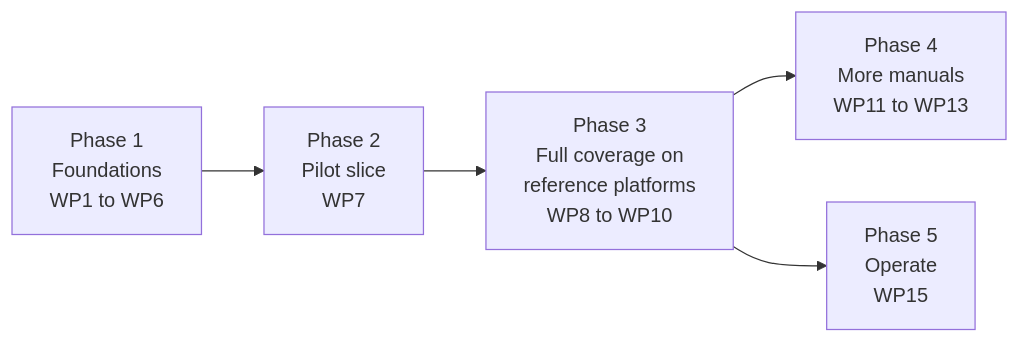
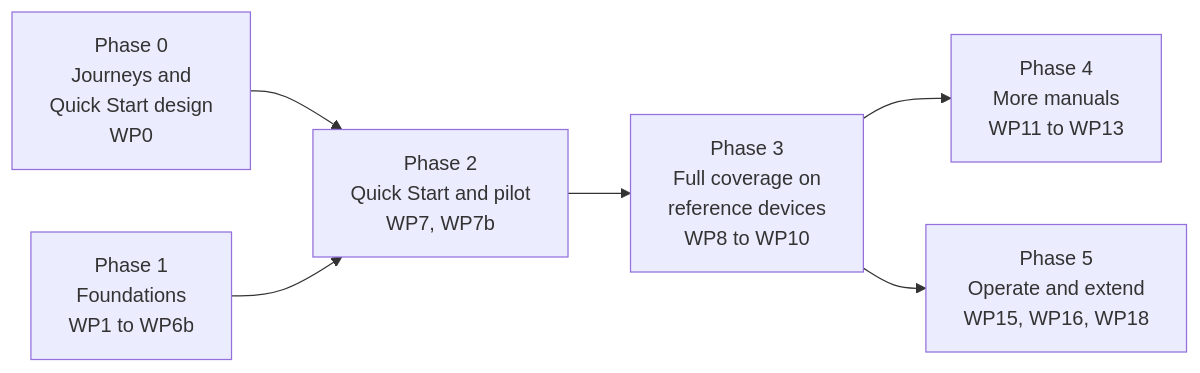
Before and after one commit to oughnic/uFTi-Docs: the diagram in authoring/authoring-plan.md, drawn with Mermaid. The commit also changed other lines of this file and 14 other files, not shown here.

````diff
--- a/authoring/authoring-plan.md
+++ b/authoring/authoring-plan.md
@@ -247,7 +294,8 @@
 ```mermaid
 flowchart LR
-    P1["Phase 1<br/>Foundations<br/>WP1 to WP6"] --> P2["Phase 2<br/>Pilot slice<br/>WP7"]
-    P2 --> P3["Phase 3<br/>Full coverage on<br/>reference platforms<br/>WP8 to WP10"]
+    P0["Phase 0<br/>Journeys and<br/>Quick Start design<br/>WP0"] --> P2
+    P1["Phase 1<br/>Foundations<br/>WP1 to WP6b"] --> P2["Phase 2<br/>Quick Start and pilot<br/>WP7, WP7b"]
+    P2 --> P3["Phase 3<br/>Full coverage on<br/>reference devices<br/>WP8 to WP10"]
     P3 --> P4["Phase 4<br/>More manuals<br/>WP11 to WP13"]
-    P3 --> P5["Phase 5<br/>Operate<br/>WP15"]
+    P3 --> P5["Phase 5<br/>Operate and extend<br/>WP15, WP16, WP18"]
 ```
````
